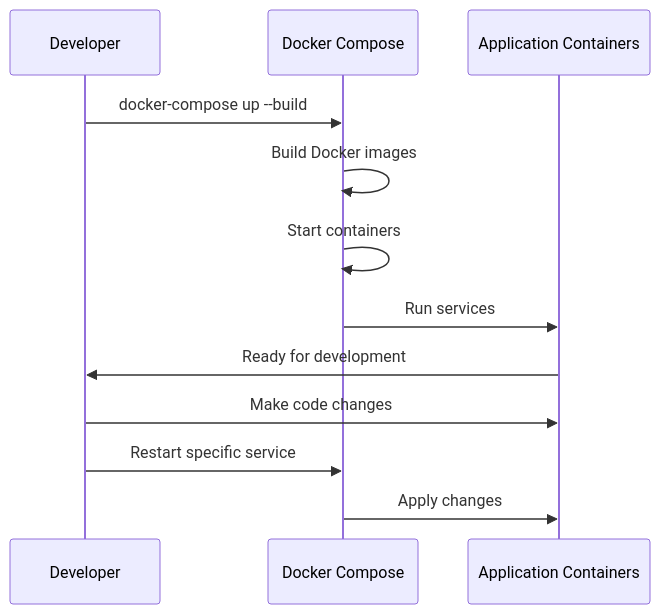
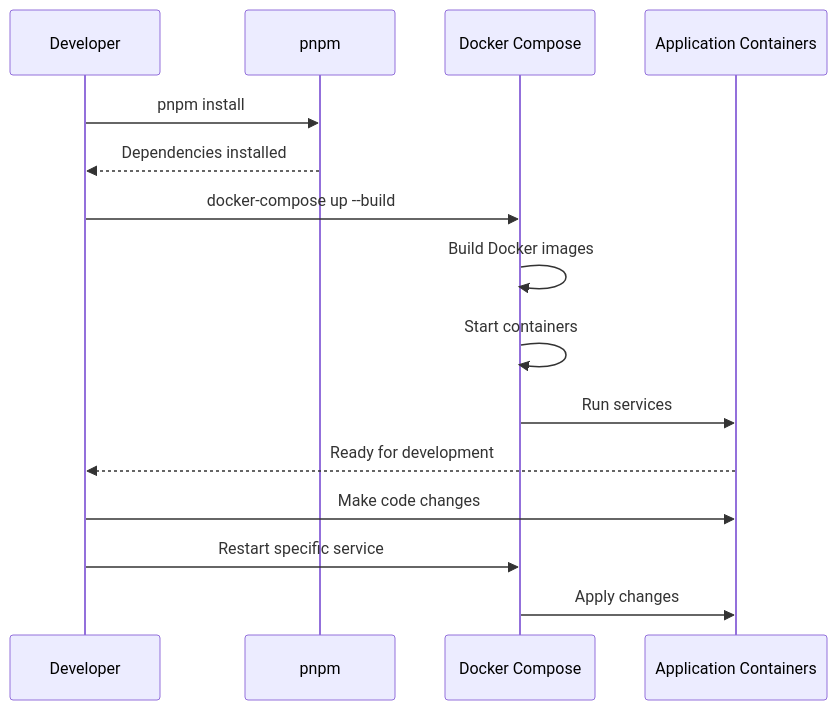
The fourth of 4 diagrams in plans/09-deployment-guide.md (Zenderg/hookah-wishlist), drawn with Mermaid before and after one commit. The commit also changed other lines of this file and 6 other files, not shown here.

````diff
--- a/plans/09-deployment-guide.md
+++ b/plans/09-deployment-guide.md
@@ -657,15 +685,18 @@
 ```mermaid
 sequenceDiagram
     participant DEV as Developer
+    participant PNPM as pnpm
     participant DC as Docker Compose
     participant APP as Application Containers
     
+    DEV->>PNPM: pnpm install
+    PNPM-->>DEV: Dependencies installed
     DEV->>DC: docker-compose up --build
     DC->>DC: Build Docker images
     DC->>DC: Start containers
     DC->>APP: Run services
-    APP->>DEV: Ready for development
+    APP-->>DEV: Ready for development
     DEV->>APP: Make code changes
     DEV->>DC: Restart specific service
     DC->>APP: Apply changes
 ```
````
